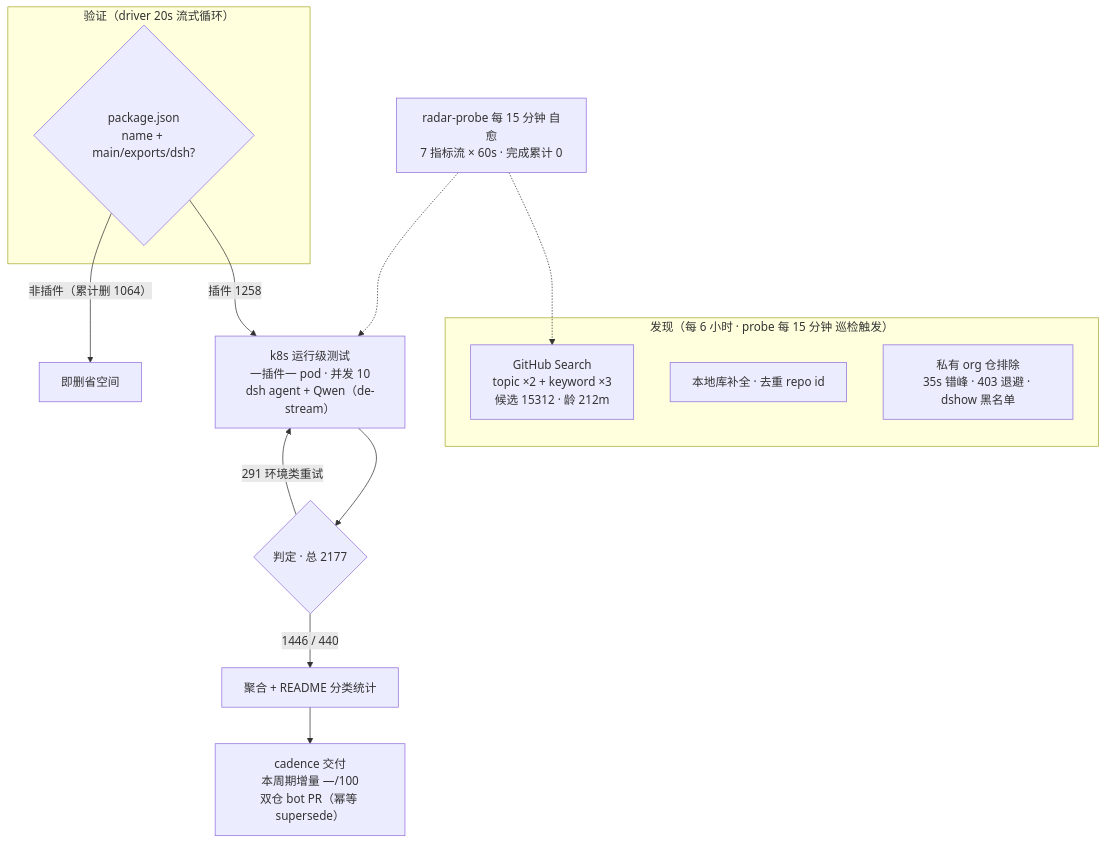
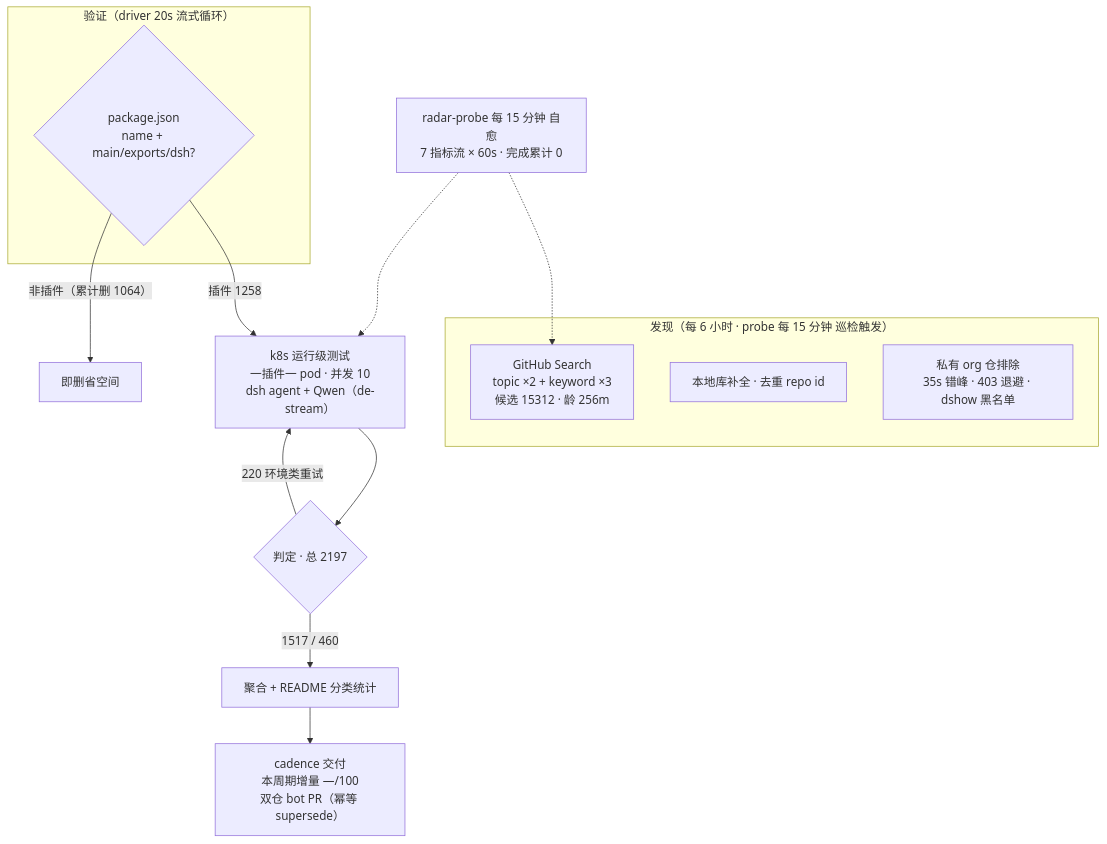
Before and after one commit to Zhidao-Lab-OSS/awesome-dsh-plugins: the diagram in README.md, drawn with Mermaid. The commit also changed other lines of this file and 1 other file, not shown here.

````diff
--- a/README.md
+++ b/README.md
@@ -37,20 +37,20 @@
 ```mermaid
 flowchart TB
     subgraph Discovery["发现（每 6 小时 · probe 每 15 分钟 巡检触发）"]
-        A1["GitHub Search<br/>topic ×2 + keyword ×3<br/>候选 15312 · 龄 212m"]
+        A1["GitHub Search<br/>topic ×2 + keyword ×3<br/>候选 15312 · 龄 256m"]
         A2["本地库补全 · 去重 repo id"]
         A3["私有 org 仓排除<br/>35s 错峰 · 403 退避 · dshow 黑名单"]
     end
     subgraph Validation["验证（driver 20s 流式循环）"]
         B1{"package.json<br/>name + main/exports/dsh?"}
     end
     B1 -->|"插件 1258"| C1["k8s 运行级测试<br/>一插件一 pod · 并发 10<br/>dsh agent + Qwen（de-stream）"]
     B1 -->|"非插件（累计删 1064）"| B3["即删省空间"]
-    C1 --> D1{"判定 · 总 2177"}
-    D1 -->|"1446 / 440"| E1["聚合 + README 分类统计"]
-    D1 -->|"291 环境类重试"| C1
+    C1 --> D1{"判定 · 总 2197"}
+    D1 -->|"1517 / 460"| E1["聚合 + README 分类统计"]
+    D1 -->|"220 环境类重试"| C1
     E1 --> E2["cadence 交付<br/>本周期增量 —/100<br/>双仓 bot PR（幂等 supersede）"]
     M["radar-probe 每 15 分钟 自愈<br/>7 指标流 × 60s · 完成累计 0"]
     M -.-> A1
     M -.-> C1
 ```
````
